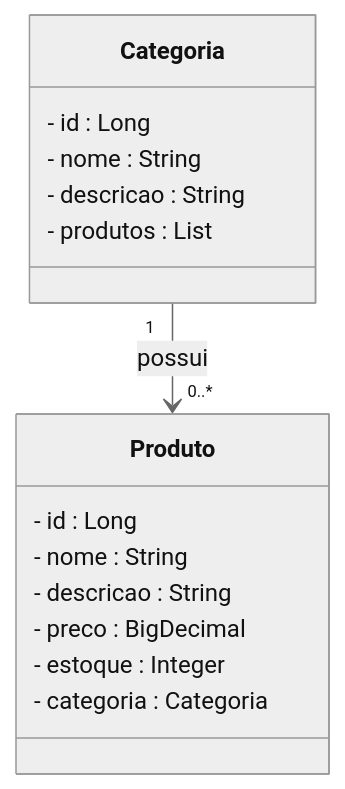
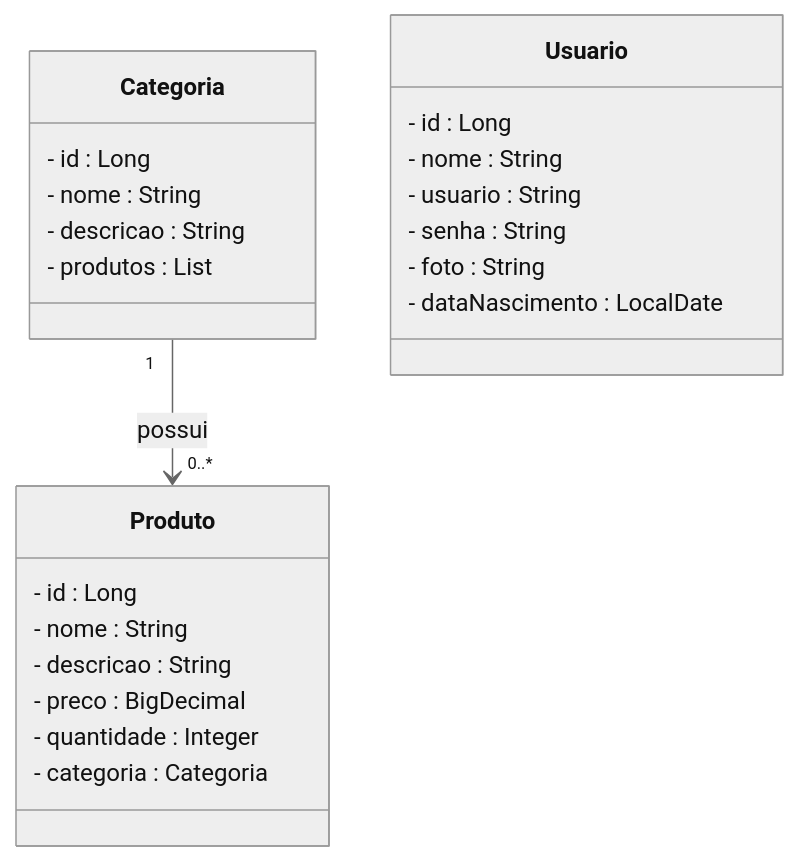
Before and after one commit to feperonica/projeto_final_bloco_02: the diagram in README.md, drawn with Mermaid (neutral theme). The commit also changed other lines of this file, not shown here.

Commit message:
:speech_balloon: Atualiza README com CRUD de Usuario e melhorias no projeto

````diff
--- a/README.md
+++ b/README.md
@@ -43,18 +59,26 @@
 ```mermaid
 classDiagram
 class Produto {
   - id : Long
   - nome : String
   - descricao : String
   - preco : BigDecimal
-  - estoque : Integer
+  - quantidade : Integer
   - categoria : Categoria
 }
 class Categoria {
   - id : Long
   - nome : String
   - descricao : String
   - produtos : List<Produto>
 }
+class Usuario {
+  - id : Long
+  - nome : String
+  - usuario : String
+  - senha : String
+  - foto : String
+  - dataNascimento : LocalDate
+}
 Categoria "1" --> "0..*" Produto : possui
 ```
````
